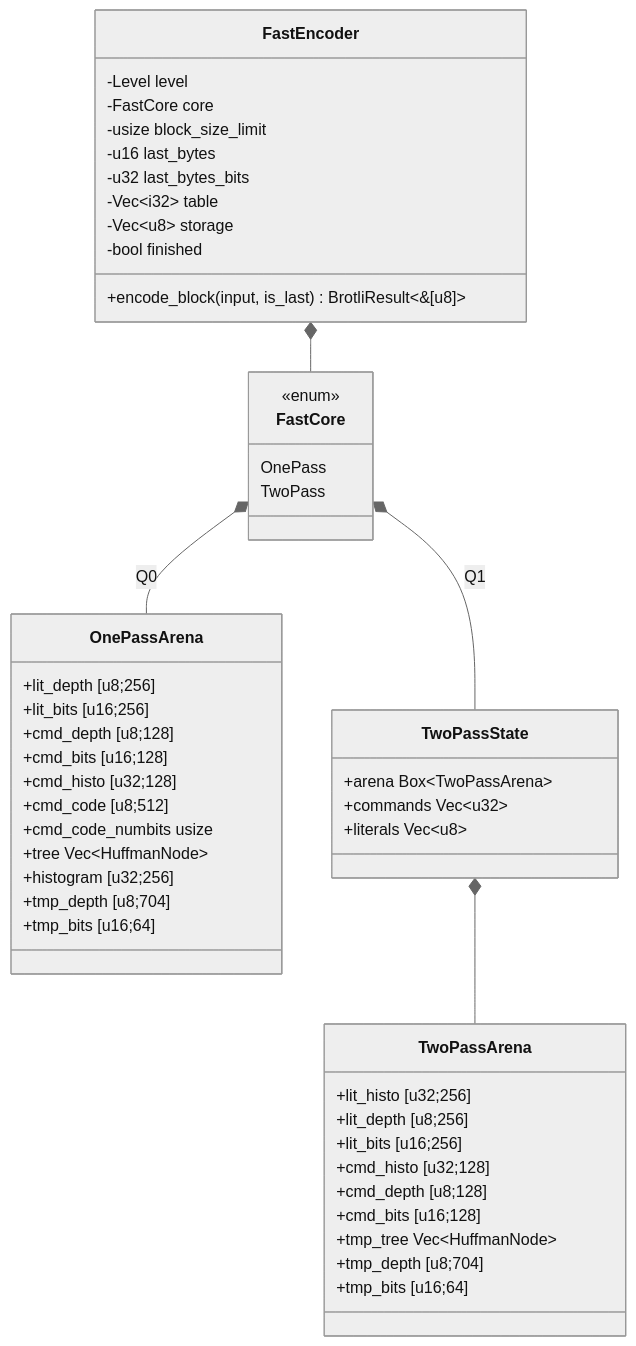
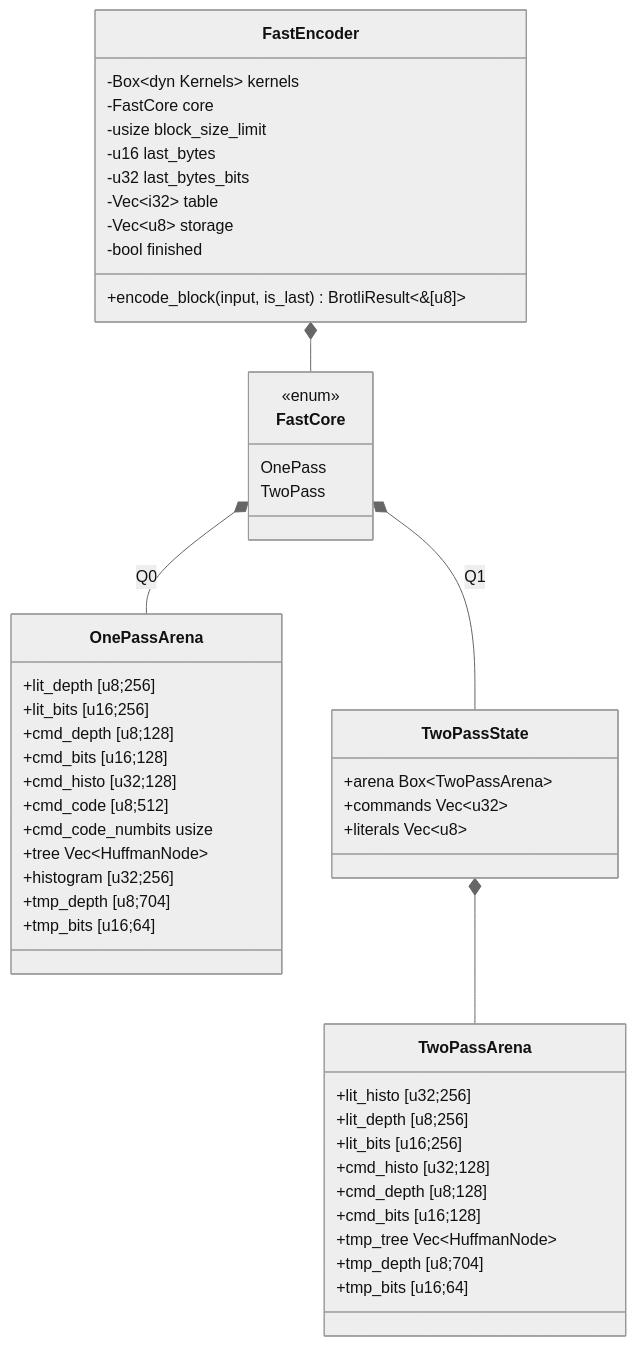
Before and after one commit to Mnwa/mbrotli: the second of 9 diagrams in architecture/fast-encoder.md, drawn with Mermaid (neutral theme). The commit also changed other lines of this file and 64 other files, not shown here.

````diff
--- a/architecture/fast-encoder.md
+++ b/architecture/fast-encoder.md
@@ -71,53 +71,53 @@
 ```mermaid
 classDiagram
     class FastEncoder {
-        -Level level
+        -Box~dyn Kernels~ kernels
         -FastCore core
         -usize block_size_limit
         -u16 last_bytes
         -u32 last_bytes_bits
         -Vec~i32~ table
         -Vec~u8~ storage
         -bool finished
         +encode_block(input, is_last) BrotliResult~&[u8]~
     }
     class FastCore {
         <<enum>>
         OnePass
         TwoPass
     }
     class OnePassArena {
         +lit_depth [u8;256]
         +lit_bits [u16;256]
         +cmd_depth [u8;128]
         +cmd_bits [u16;128]
         +cmd_histo [u32;128]
         +cmd_code [u8;512]
         +cmd_code_numbits usize
         +tree Vec~HuffmanNode~
         +histogram [u32;256]
         +tmp_depth [u8;704]
         +tmp_bits [u16;64]
     }
     class TwoPassState {
         +arena Box~TwoPassArena~
         +commands Vec~u32~
         +literals Vec~u8~
     }
     class TwoPassArena {
         +lit_histo [u32;256]
         +lit_depth [u8;256]
         +lit_bits [u16;256]
         +cmd_histo [u32;128]
         +cmd_depth [u8;128]
         +cmd_bits [u16;128]
         +tmp_tree Vec~HuffmanNode~
         +tmp_depth [u8;704]
         +tmp_bits [u16;64]
     }
 
     FastEncoder *-- FastCore
     FastCore *-- OnePassArena : Q0
     FastCore *-- TwoPassState : Q1
     TwoPassState *-- TwoPassArena
 ```
````
